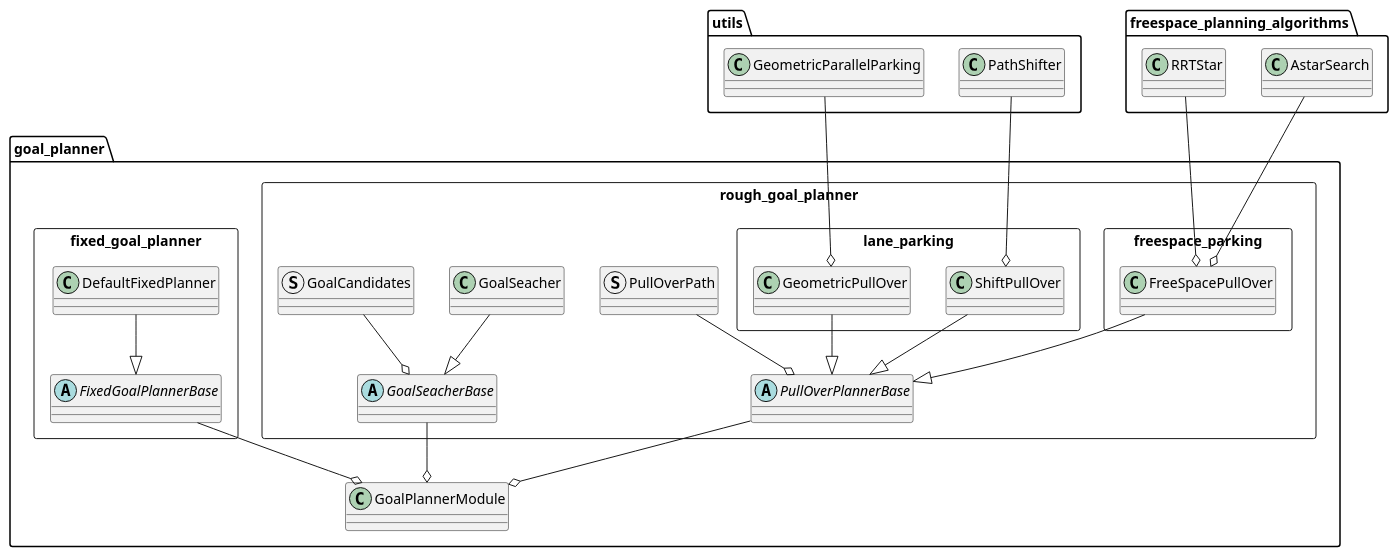
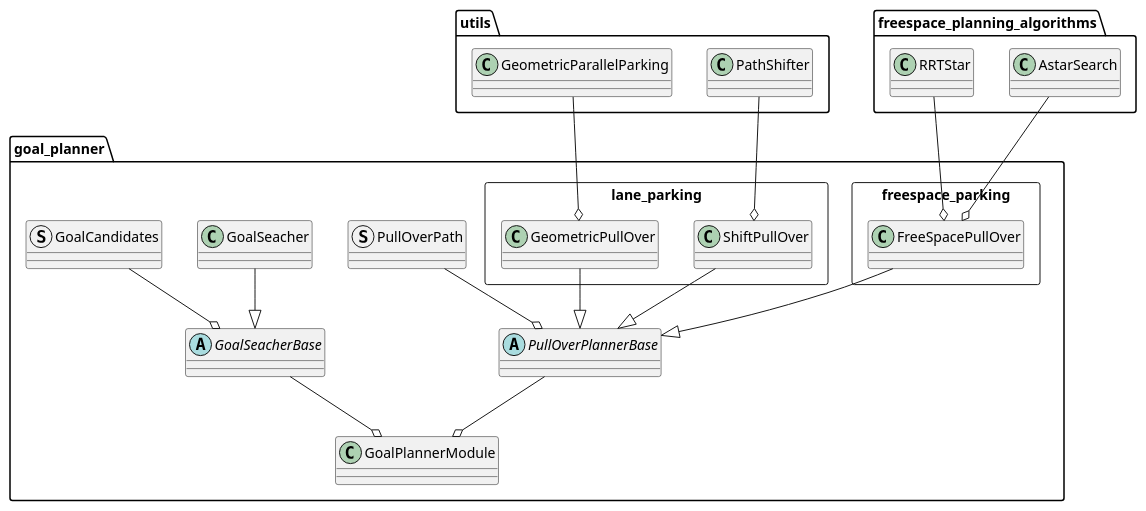
Before and after one commit to Mingyu1991/autoware.universe: the diagram in planning/behavior_path_planner/docs/behavior_path_planner_goal_planner_design.md, drawn with PlantUML. The commit also changed other lines of this file and 1043 other files, not shown here.

````diff
--- a/planning/behavior_path_planner/docs/behavior_path_planner_goal_planner_design.md
+++ b/planning/behavior_path_planner/docs/behavior_path_planner_goal_planner_design.md
@@ -15,67 +9,67 @@
 ```plantuml
 @startuml
 package goal_planner{
-
-    class GoalPlannerModule {}
-
-    package rough_goal_planner <<Rectangle>>{
-
-        package lane_parking <<Rectangle>>{
-            class ShiftPullOver {}
-            class GeometricPullOver {}
-        }
-
-        package freespace_parking <<Rectangle>>{
-            class FreeSpacePullOver {}
-        }
-
-        class GoalSeacher {}
-
-        struct GoalCandidates {}
-        struct PullOverPath{}
-
-        abstract class PullOverPlannerBase {}
-        abstract class GoalSeacherBase {}
-
+    abstract class PullOverPlannerBase {
+    }
+    abstract class GoalSeacherBase {
     }
 
-    package fixed_goal_planner <<Rectangle>>{
-        abstract class FixedGoalPlannerBase {}
-        class DefaultFixedPlanner{}
+    package lane_parking <<Rectangle>>{
+        class ShiftPullOver {
+        }
+        class GeometricPullOver {
+        }
     }
+
+    package freespace_parking <<Rectangle>>{
+        class FreeSpacePullOver {
+        }
+    }
+
+    class GoalSeacher {
+    }
+
+    class GoalPlannerModule {
+    }
+
+
+    struct GoalCandidates {
+    }
+
+    struct PullOverPath{}
 }
 
 
 package utils{
-    class PathShifter {}
+    class PathShifter {
+    }
 
-    class GeometricParallelParking {}
+    class GeometricParallelParking {
+    }
 }
 
 package freespace_planning_algorithms
  {
     class AstarSearch{}
     class RRTStar{}
 }
 
 ' goal planner
 ShiftPullOver --|> PullOverPlannerBase
 GeometricPullOver --|> PullOverPlannerBase
 FreeSpacePullOver --|> PullOverPlannerBase
 GoalSeacher --|> GoalSeacherBase
-DefaultFixedPlanner --|> FixedGoalPlannerBase
 
 PathShifter --o ShiftPullOver
 GeometricParallelParking --o GeometricPullOver
 AstarSearch --o FreeSpacePullOver
 RRTStar --o FreeSpacePullOver
 
 PullOverPlannerBase --o GoalPlannerModule
 GoalSeacherBase --o GoalPlannerModule
-FixedGoalPlannerBase --o GoalPlannerModule
 
 PullOverPath --o PullOverPlannerBase
 GoalCandidates --o GoalSeacherBase
 
 @enduml
 ```
````
